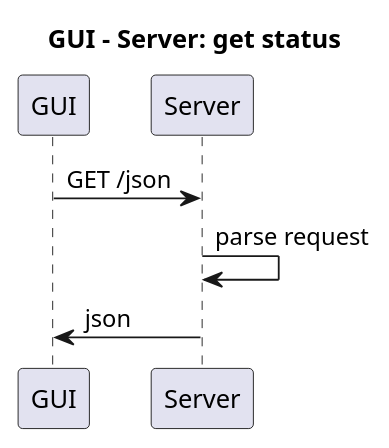
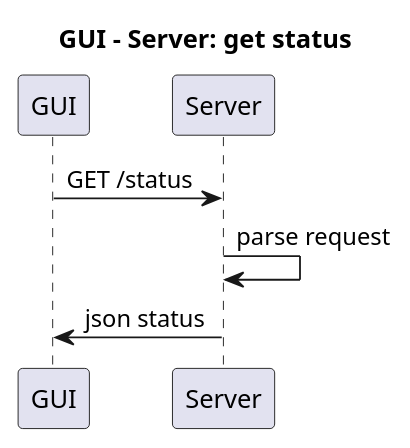
The diagram in UML/sequence/gui-server_get.puml (VvWijhe/Cleanify), drawn with PlantUML before and after one commit. The commit also changed 6 other files, not shown here.

Commit message:
uml updated

```diff
--- a/UML/sequence/gui-server_get.puml
+++ b/UML/sequence/gui-server_get.puml
@@ -1,8 +1,8 @@
 @startuml
 title GUI - Server: get status
 
-GUI -> Server: GET /json
+GUI -> Server: GET /status
 Server -> Server: parse request
-Server -> GUI: json
+Server -> GUI: json status
 
 @enduml
```
